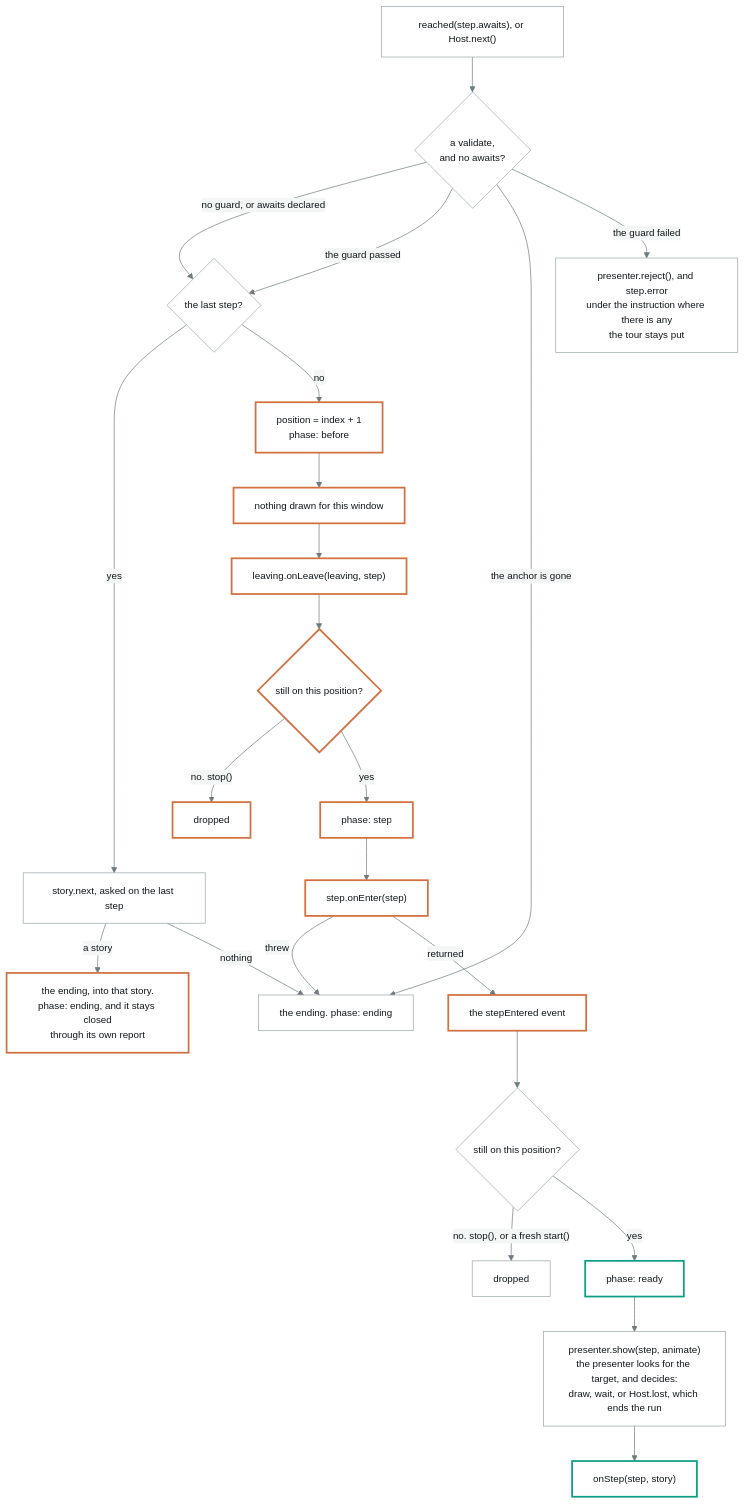
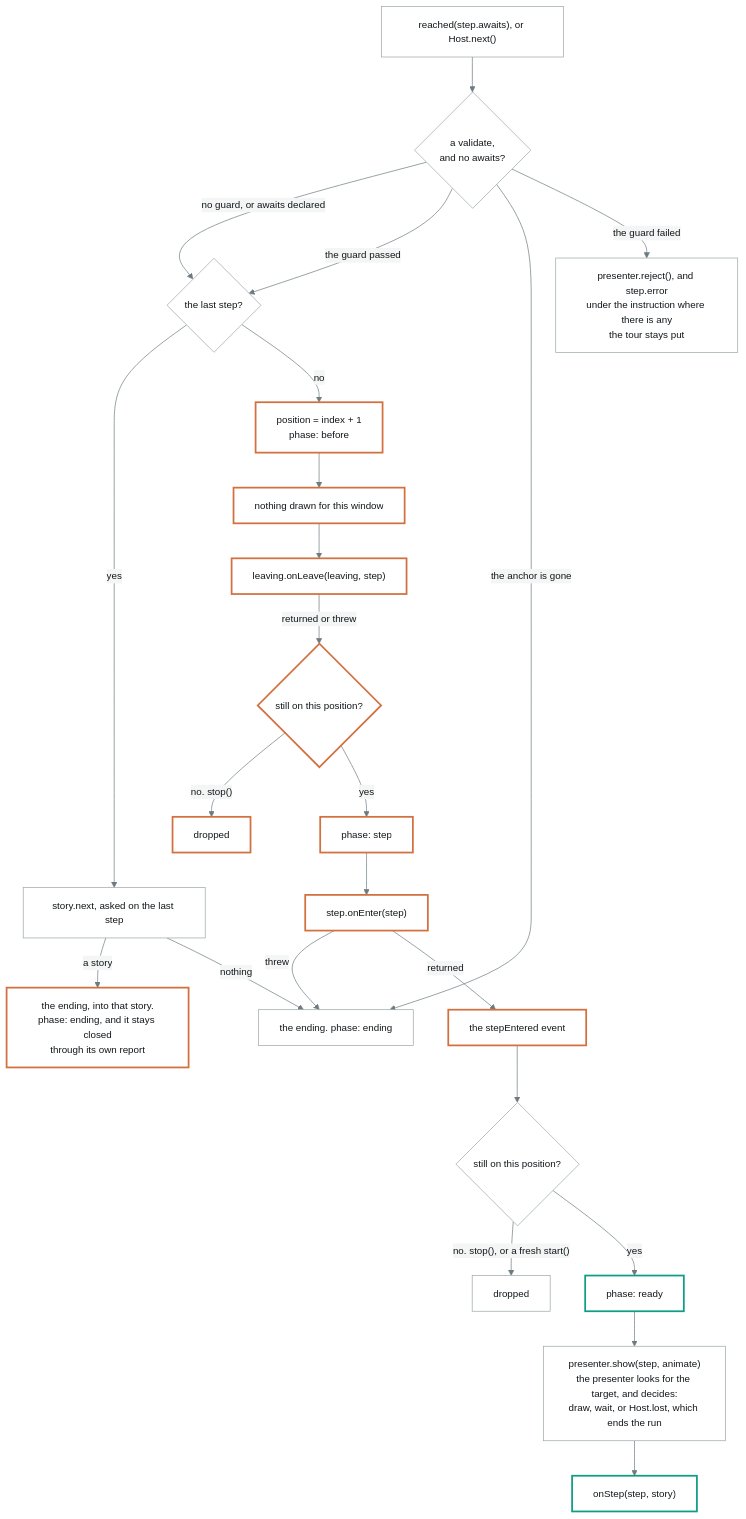
One commit to annetaan/leko changed the second of 2 diagrams in packages/machine/model/phases.md. Above: the diagram before and after it, drawn with Mermaid. The commit also changed other lines of this file and 9 other files, not shown here.

````diff
--- a/packages/machine/model/phases.md
+++ b/packages/machine/model/phases.md
@@ -120,31 +120,31 @@
 ```mermaid
 %%{init: {'theme':'base','themeVariables':{'background':'#F4F6F6','primaryColor':'#FFFFFF','primaryTextColor':'#12171A','primaryBorderColor':'#9AA6A9','lineColor':'#6D7B80','textColor':'#12171A','edgeLabelBackground':'#F4F6F6','tertiaryColor':'#E9EDED','tertiaryTextColor':'#12171A','fontSize':'14px'}}}%%
 flowchart TD
   A["reached(step.awaits), or Host.next()"] --> V{"a validate,<br>and no awaits?"}
   V -- "no guard, or awaits declared" --> B{"the last step?"}
   V -- "the guard passed" --> B
   V -- "the anchor is gone" --> Z["the ending. phase: ending"]
   V -- "the guard failed" --> S["presenter.reject(), and step.error<br>under the instruction where there is any<br>the tour stays put"]
   B -- "yes" --> N["story.next, asked on the last step"]
   N -- "a story" --> Y["the ending, into that story.<br>phase: ending, and it stays closed<br>through its own report"]
   N -- "nothing" --> Z
   B -- "no" --> C["position = index + 1<br>phase: before"]
   C --> D["nothing drawn for this window"]
   D --> E["leaving.onLeave(leaving, step)"]
-  E --> G{"still on this position?"}
+  E -- "returned or threw" --> G{"still on this position?"}
   G -- "no. stop()" --> W["dropped"]
   G -- "yes" --> K["phase: step"]
   K --> F["step.onEnter(step)"]
   F -- "threw" --> Z
   F -- "returned" --> H["the stepEntered event"]
   H --> I{"still on this position?"}
   I -- "no. stop(), or a fresh start()" --> X["dropped"]
   I -- "yes" --> J["phase: ready"]
   J --> M["presenter.show(step, animate)<br>the presenter looks for the target, and decides:<br>draw, wait, or Host.lost, which ends the run"]
   M --> P["onStep(step, story)"]
 
   classDef open stroke:#0E9E86,stroke-width:2.5px
   classDef shut stroke:#D2703F,stroke-width:2.5px
   class C,D,E,G,W,K,F,H,Y shut
   class J,P open
 ```
````
